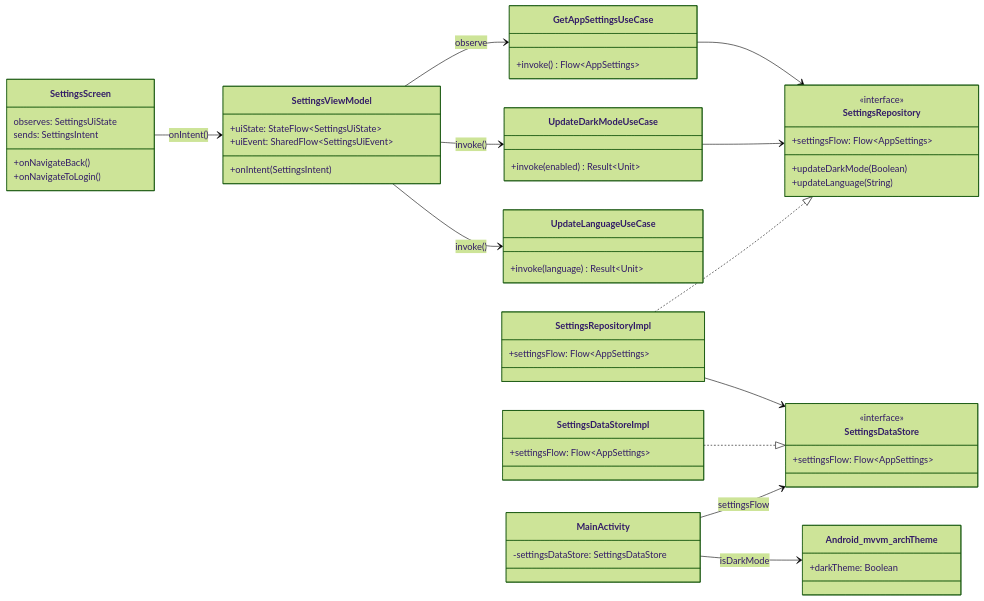
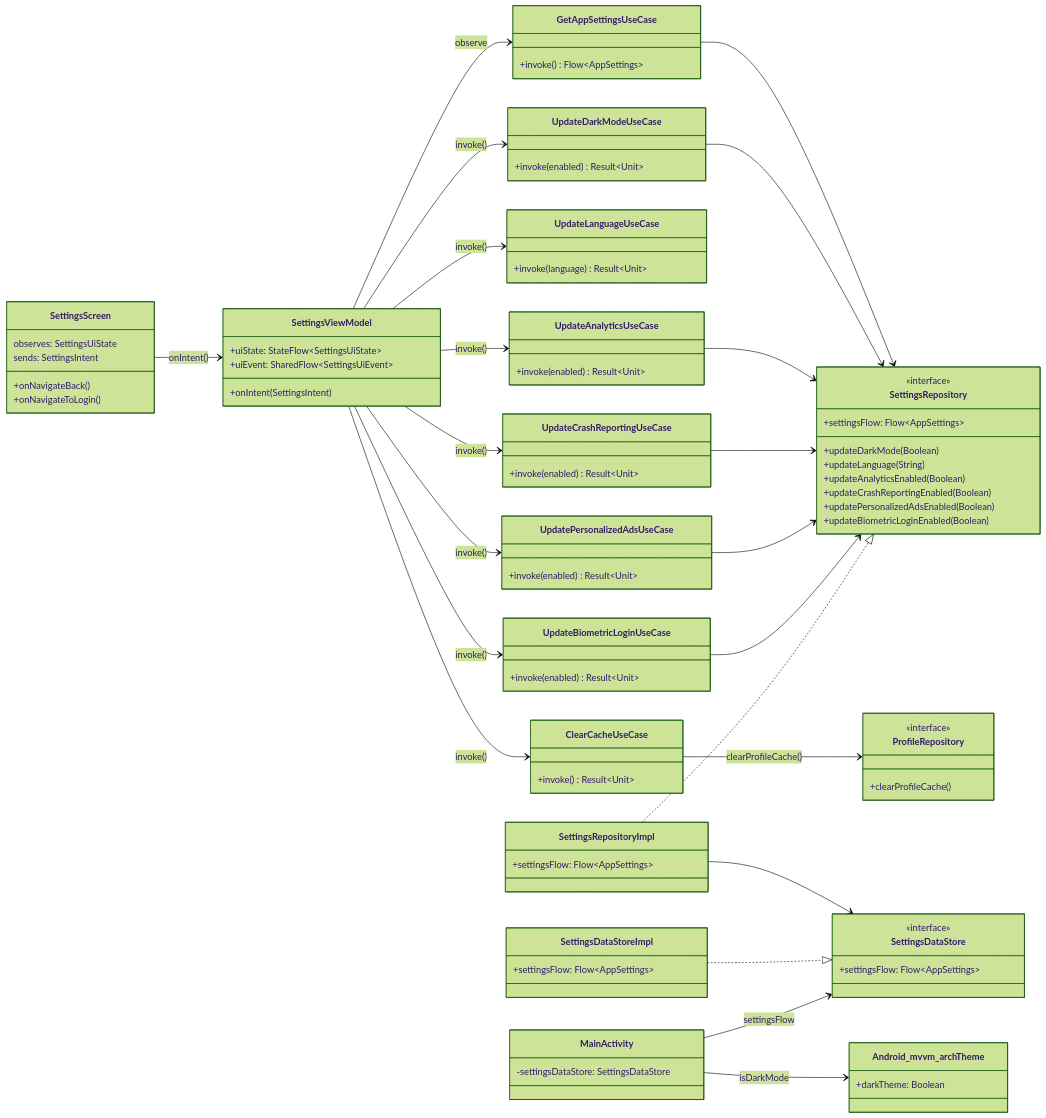
One commit to rickychang0328/android_mvvm_arch changed the fourth of 6 diagrams in doc/class-diagram.md. Above: the diagram before and after it, drawn with Mermaid (forest theme). The commit also changed other lines of this file and 17 other files, not shown here.

```diff
--- a/doc/class-diagram.md
+++ b/doc/class-diagram.md
@@ -630,11 +706,35 @@
         +invoke(language) Result~Unit~
     }
 
+    class UpdateAnalyticsUseCase {
+        +invoke(enabled) Result~Unit~
+    }
+
+    class UpdateCrashReportingUseCase {
+        +invoke(enabled) Result~Unit~
+    }
+
+    class UpdatePersonalizedAdsUseCase {
+        +invoke(enabled) Result~Unit~
+    }
+
+    class UpdateBiometricLoginUseCase {
+        +invoke(enabled) Result~Unit~
+    }
+
+    class ClearCacheUseCase {
+        +invoke() Result~Unit~
+    }
+
     class SettingsRepository {
         <<interface>>
         +settingsFlow: Flow~AppSettings~
         +updateDarkMode(Boolean)
         +updateLanguage(String)
+        +updateAnalyticsEnabled(Boolean)
+        +updateCrashReportingEnabled(Boolean)
+        +updatePersonalizedAdsEnabled(Boolean)
+        +updateBiometricLoginEnabled(Boolean)
     }
 
     class SettingsRepositoryImpl {
@@ -650,6 +750,11 @@
         +settingsFlow: Flow~AppSettings~
     }
 
+    class ProfileRepository {
+        <<interface>>
+        +clearProfileCache()
+    }
+
     class MainActivity {
         -settingsDataStore: SettingsDataStore
     }
@@ -662,8 +767,18 @@
     SettingsViewModel --> GetAppSettingsUseCase : observe
     SettingsViewModel --> UpdateDarkModeUseCase : invoke()
     SettingsViewModel --> UpdateLanguageUseCase : invoke()
+    SettingsViewModel --> UpdateAnalyticsUseCase : invoke()
+    SettingsViewModel --> UpdateCrashReportingUseCase : invoke()
+    SettingsViewModel --> UpdatePersonalizedAdsUseCase : invoke()
+    SettingsViewModel --> UpdateBiometricLoginUseCase : invoke()
+    SettingsViewModel --> ClearCacheUseCase : invoke()
     GetAppSettingsUseCase --> SettingsRepository
     UpdateDarkModeUseCase --> SettingsRepository
+    UpdateAnalyticsUseCase --> SettingsRepository
+    UpdateCrashReportingUseCase --> SettingsRepository
+    UpdatePersonalizedAdsUseCase --> SettingsRepository
+    UpdateBiometricLoginUseCase --> SettingsRepository
+    ClearCacheUseCase --> ProfileRepository : clearProfileCache()
     SettingsRepositoryImpl ..|> SettingsRepository
     SettingsRepositoryImpl --> SettingsDataStore
     SettingsDataStoreImpl ..|> SettingsDataStore
```
